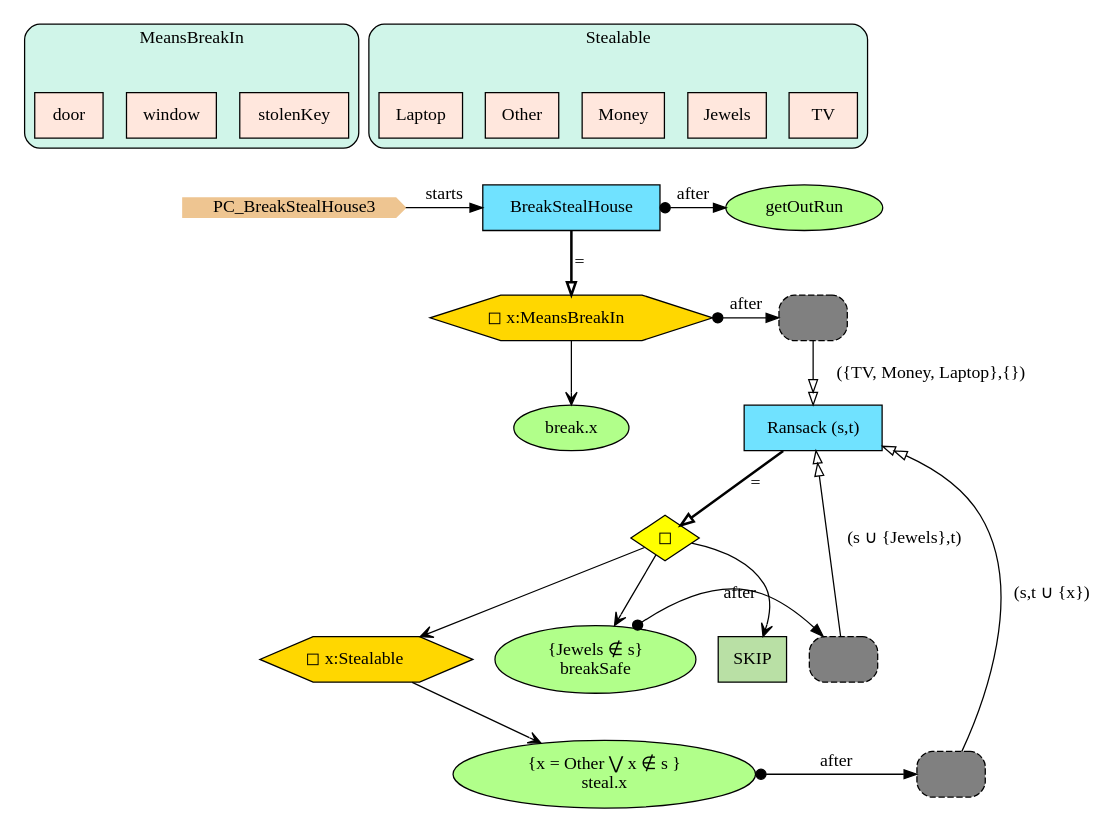
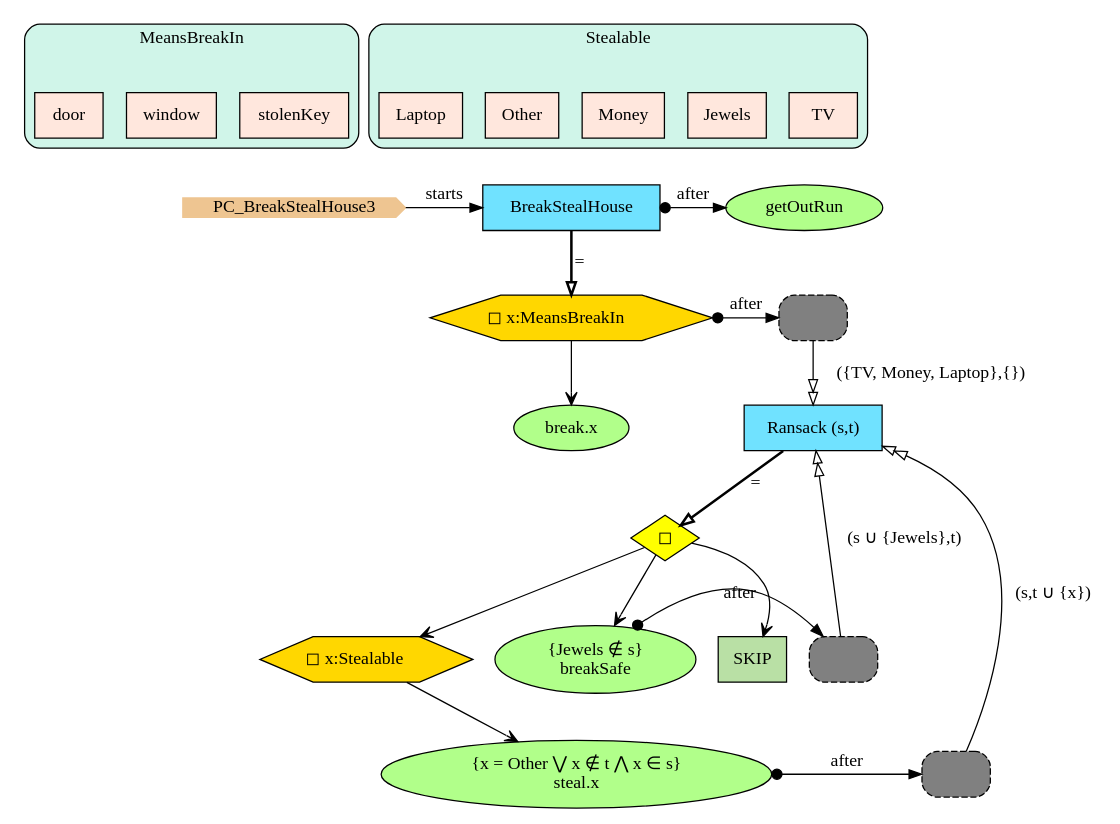
One commit to namalio/Fragmenta changed the diagram in Haskell/PCs/Examples/img/PC_BreakStealHouse3.gv. Above: the diagram before and after it, drawn with Graphviz. The commit also changed 9 other files, not shown here.

```diff
--- a/Haskell/PCs/Examples/img/PC_BreakStealHouse3.gv
+++ b/Haskell/PCs/Examples/img/PC_BreakStealHouse3.gv
@@ -1,63 +1,63 @@
 digraph {
 subgraph cluster_MeansBreakIn {
 style="filled,rounded";
 label =MeansBreakIn;
 fillcolor = "#D0F5E9";
 stolenKey[shape=box,fillcolor="#FFE7DD",style="filled",label="stolenKey"];
 window[shape=box,fillcolor="#FFE7DD",style="filled",label="window"];
 door[shape=box,fillcolor="#FFE7DD",style="filled",label="door"];
 }
 
 subgraph cluster_Stealable {
 style="filled,rounded";
 label =Stealable;
 fillcolor = "#D0F5E9";
 TV[shape=box,fillcolor="#FFE7DD",style="filled",label="TV"];
 Jewels[shape=box,fillcolor="#FFE7DD",style="filled",label="Jewels"];
 Money[shape=box,fillcolor="#FFE7DD",style="filled",label="Money"];
 Other[shape=box,fillcolor="#FFE7DD",style="filled",label="Other"];
 Laptop[shape=box,fillcolor="#FFE7DD",style="filled",label="Laptop"];
 }
 
 
 stolenKey->StartN_[style=invis]
 StartN_ [shape = cds,color=burlywood2,style=filled,height=.2,width=.2, label =PC_BreakStealHouse3];
 
 BreakStealHouse [shape=box,fillcolor="#70E2FF",style = filled,label="BreakStealHouse"];
 break [shape=ellipse,fillcolor="#B1FF8A",style=filled,label="break.x"];
 getOutRun [shape=ellipse,fillcolor="#B1FF8A",style=filled,label="getOutRun"];
-Op74d978e6 [shape=diamond,fillcolor=yellow,style=filled,label="◻︎"];
-steal [shape=ellipse,fillcolor="#B1FF8A",style=filled,label=" {x = Other ⋁ x ∉ s }
+Op25d4cf47 [shape=diamond,fillcolor=yellow,style=filled,label="◻︎"];
+steal [shape=ellipse,fillcolor="#B1FF8A",style=filled,label=" {x = Other ⋁ x ∉ t ⋀ x ∈ s}
 steal.x"];
 breakSafe [shape=ellipse,fillcolor="#B1FF8A",style=filled,label=" {Jewels ∉ s}
 breakSafe"];
-Skipa69a1fc [shape=box,fillcolor="#B9E0A5",style = filled,label="SKIP"];
-RefRansack3c4c72de [shape=rectangle,fillcolor=gray,style="rounded,filled,dashed",label=""];
-RefRansack25c215b6 [shape=rectangle,fillcolor=gray,style="rounded,filled,dashed",label=""];
-Q2baeb3ce [shape=hexagon,fillcolor=gold1,style=filled,label=<◻︎ x:Stealable>];
+Skip4281b58d [shape=box,fillcolor="#B9E0A5",style = filled,label="SKIP"];
+RefRansack11d2b5c7 [shape=rectangle,fillcolor=gray,style="rounded,filled,dashed",label=""];
+RefRansack41592ea3 [shape=rectangle,fillcolor=gray,style="rounded,filled,dashed",label=""];
+Q5d11a7f8 [shape=hexagon,fillcolor=gold1,style=filled,label=<◻︎ x:Stealable>];
 Ransack [shape=box,fillcolor="#70E2FF",style = filled,label="Ransack (s,t)"];
-RefRansack6542b430 [shape=rectangle,fillcolor=gray,style="rounded,filled,dashed",label=""];
-Q59536fcc [shape=hexagon,fillcolor=gold1,style=filled,label=<◻︎ x:MeansBreakIn>];
+RefRansack47b7f154 [shape=rectangle,fillcolor=gray,style="rounded,filled,dashed",label=""];
+Q74ab91e6 [shape=hexagon,fillcolor=gold1,style=filled,label=<◻︎ x:MeansBreakIn>];
 
-{rank=same;RefRansack6542b430,Q59536fcc}
+{rank=same;RefRansack47b7f154,Q74ab91e6}
 {rank=same;getOutRun,BreakStealHouse}
-{rank=same;RefRansack3c4c72de,steal}
-{rank=same;RefRansack25c215b6,breakSafe}
+{rank=same;RefRansack11d2b5c7,steal}
+{rank=same;RefRansack41592ea3,breakSafe}
 {rank=same;BreakStealHouse,StartN_}
 
-RefRansack3c4c72de->Ransack[arrowhead="normalnormal",fillcolor=white,label=" (s,t ∪ {x})"];
-RefRansack25c215b6->Ransack[arrowhead="normalnormal",fillcolor=white,label=" (s ∪ {Jewels},t)"];
-Q2baeb3ce->steal[arrowhead="open"];
-Op74d978e6->breakSafe[arrowhead="open"];
-RefRansack6542b430->Ransack[arrowhead="normalnormal",fillcolor=white,label=" ({TV, Money, Laptop},{})"];
-Q59536fcc->RefRansack6542b430[arrowtail=dot,dir=both,label="after"];
+RefRansack11d2b5c7->Ransack[arrowhead="normalnormal",fillcolor=white,label=" (s,t ∪ {x})"];
+RefRansack41592ea3->Ransack[arrowhead="normalnormal",fillcolor=white,label=" (s ∪ {Jewels},t)"];
+Q5d11a7f8->steal[arrowhead="open"];
+Op25d4cf47->breakSafe[arrowhead="open"];
+RefRansack47b7f154->Ransack[arrowhead="normalnormal",fillcolor=white,label=" ({TV, Money, Laptop},{})"];
+Q74ab91e6->RefRansack47b7f154[arrowtail=dot,dir=both,label="after"];
 BreakStealHouse->getOutRun[arrowtail=dot,dir=both,label="after"];
-Q59536fcc->break[arrowhead="open"];
-Op74d978e6->Q2baeb3ce[arrowhead="open"];
-Op74d978e6->Skipa69a1fc[arrowhead="open"];
-steal->RefRansack3c4c72de[arrowtail=dot,dir=both,label="after"];
-breakSafe->RefRansack25c215b6[arrowtail=dot,dir=both,label="after"];
-BreakStealHouse->Q59536fcc[arrowhead="onormal",penwidth=2,label="="];
-Ransack->Op74d978e6[arrowhead="onormal",penwidth=2,label="="];
+Q74ab91e6->break[arrowhead="open"];
+Op25d4cf47->Q5d11a7f8[arrowhead="open"];
+Op25d4cf47->Skip4281b58d[arrowhead="open"];
+steal->RefRansack11d2b5c7[arrowtail=dot,dir=both,label="after"];
+breakSafe->RefRansack41592ea3[arrowtail=dot,dir=both,label="after"];
+BreakStealHouse->Q74ab91e6[arrowhead="onormal",penwidth=2,label="="];
+Ransack->Op25d4cf47[arrowhead="onormal",penwidth=2,label="="];
 StartN_->BreakStealHouse[label="starts"];
 }
```
